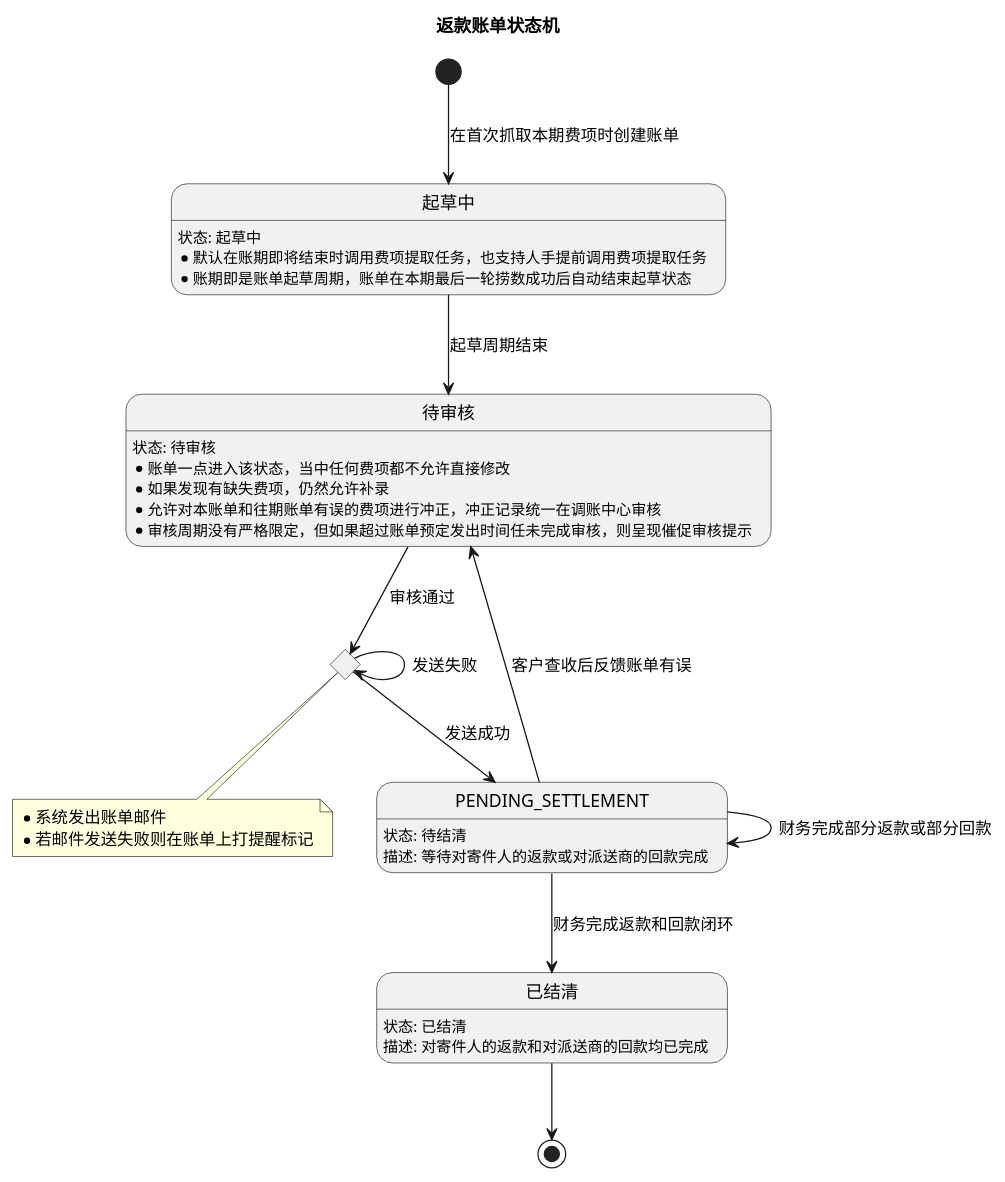
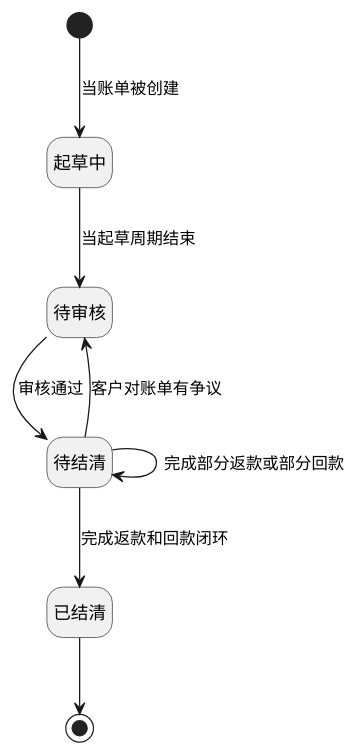
Before and after one commit to jack888332/projects-doc: the eighth of 11 diagrams in product-caliber/bms/prd/财务系统.PRD.md, drawn with PlantUML. The commit also changed other lines of this file, not shown here.

Commit message:
优化【返款账单状态机】描述

````diff
--- a/product-caliber/bms/prd/财务系统.PRD.md
+++ b/product-caliber/bms/prd/财务系统.PRD.md
@@ -976,25 +977,18 @@
 ```plantuml
 @startuml
-title 返款账单状态机
-top to bottom direction
-state 起草中 : 状态: 起草中\n* 默认在账期即将结束时调用费项提取任务，也支持人手提前调用费项提取任务\n* 账期即是账单起草周期，账单在本期最后一轮捞数成功后自动结束起草状态
-state 待审核 : 状态: 待审核\n* 账单一点进入该状态，当中任何费项都不允许直接修改\n* 如果发现有缺失费项，仍然允许补录\n* 允许对本账单和往期账单有误的费项进行冲正，冲正记录统一在调账中心审核\n* 审核周期没有严格限定，但如果超过账单预定发出时间任未完成审核，则呈现催促审核提示
-state 待发送 <<choice>>
-note bottom of 待发送
-  * 系统发出账单邮件
-  * 若邮件发送失败则在账单上打提醒标记
-end note
-state PENDING_SETTLEMENT : 状态: 待结清\n描述: 等待对寄件人的返款或对派送商的回款完成
-state 已结清 : 状态: 已结清\n描述: 对寄件人的返款和对派送商的回款均已完成
-'------------------------------------------'
-[*] --> 起草中 : 在首次抓取本期费项时创建账单
-起草中 --> 待审核 : 起草周期结束
-待审核 --> 待发送 : 审核通过
-待发送 --> PENDING_SETTLEMENT : 发送成功
-待发送 --> 待发送 : 发送失败
-PENDING_SETTLEMENT --> 待审核 : 客户查收后反馈账单有误
-PENDING_SETTLEMENT --> PENDING_SETTLEMENT : 财务完成部分返款或部分回款
-PENDING_SETTLEMENT --> 已结清 : 财务完成返款和回款闭环
+hide empty description
+
+state 起草中
+state 待审核
+state 待结清
+state 已结清
+
+[*] --> 起草中 : 当账单被创建
+起草中 --> 待审核 : 当起草周期结束
+待审核 --> 待结清 : 审核通过
+待结清 --> 待审核 : 客户对账单有争议
+待结清 --> 待结清 : 完成部分返款或部分回款
+待结清 --> 已结清 : 完成返款和回款闭环
 已结清 --> [*]
 @enduml
 ```
````
